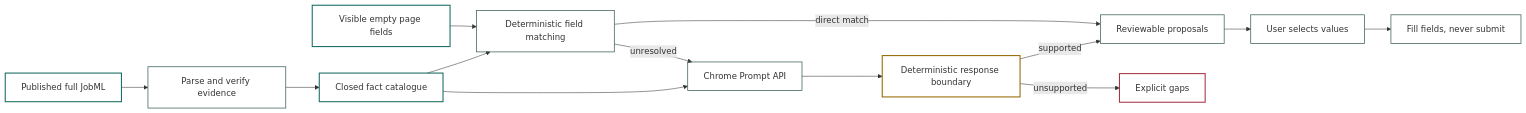
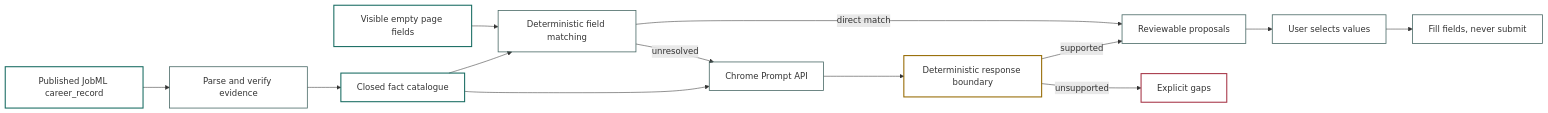
The diagram in Mostlylucid/Markdown/lucidresume-evidence-filler.md (scottgal/mostlylucidweb), drawn with Mermaid before and after one commit. The commit also changed other lines of this file and 1 other file, not shown here.

Commit message:
Refine JobML article series

````diff
--- a/Mostlylucid/Markdown/lucidresume-evidence-filler.md
+++ b/Mostlylucid/Markdown/lucidresume-evidence-filler.md
@@ -324,24 +223,24 @@
 ```mermaid
 flowchart LR
-    J[Published full JobML] --> V[Parse and verify evidence]
+    J[Published JobML career_record] --> V[Parse and verify evidence]
     V --> F[Closed fact catalogue]
     P[Visible empty page fields] --> D[Deterministic field matching]
     F --> D
     D -->|direct match| R[Reviewable proposals]
     D -->|unresolved| M[Chrome Prompt API]
     F --> M
     M --> B[Deterministic response boundary]
     B -->|supported| R
     B -->|unsupported| G[Explicit gaps]
     R --> U[User selects values]
     U --> X[Fill fields, never submit]
 
     classDef source fill:none,stroke:#176b61,stroke-width:2px
     classDef process fill:none,stroke:#496966,stroke-width:1.5px
     classDef boundary fill:none,stroke:#956900,stroke-width:2px
     classDef gap fill:none,stroke:#a63446,stroke-width:2px
     class J,P,F source
     class V,D,M,R,U,X process
     class B boundary
     class G gap
 ```
````
